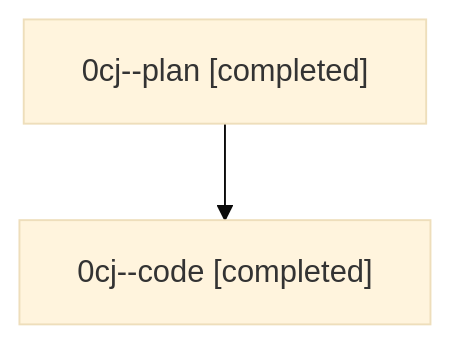
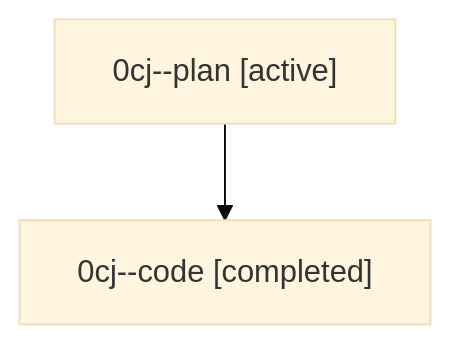
The diagram in families/bbugyi200.athena.0cj.md (sase-org/sase--agents), drawn with Mermaid (base theme) before and after one commit. The commit also changed other lines of this file and 35830 other files, not shown here.

````diff
--- a/families/bbugyi200.athena.0cj.md
+++ b/families/bbugyi200.athena.0cj.md
@@ -9,6 +9,6 @@
 ```mermaid
 flowchart TD
-  n0["0cj--plan [completed]"]
+  n0["0cj--plan [active]"]
   n1["0cj--code [completed]"]
   n0 --> n1
 ```
````
